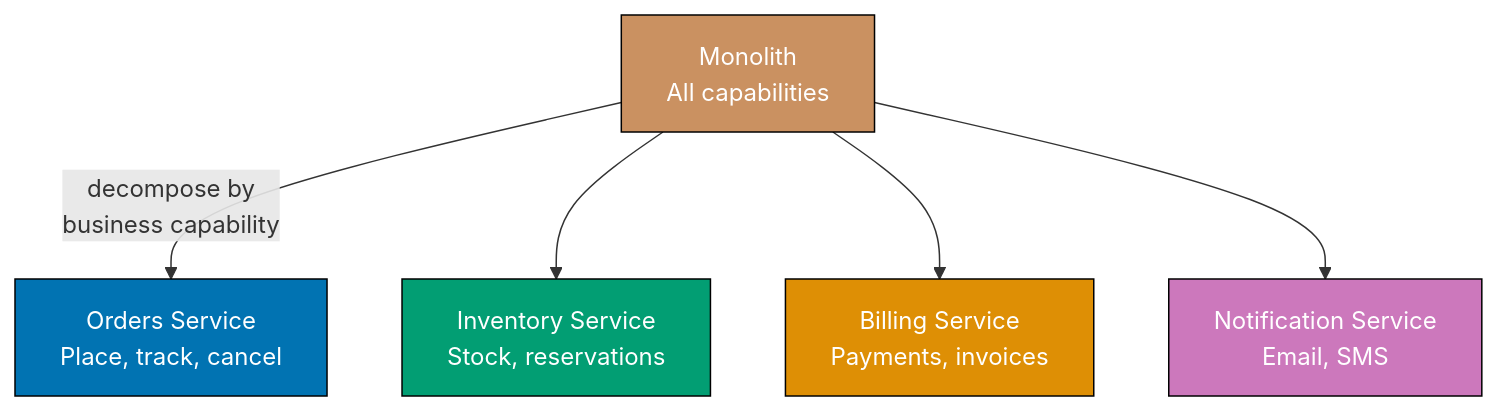
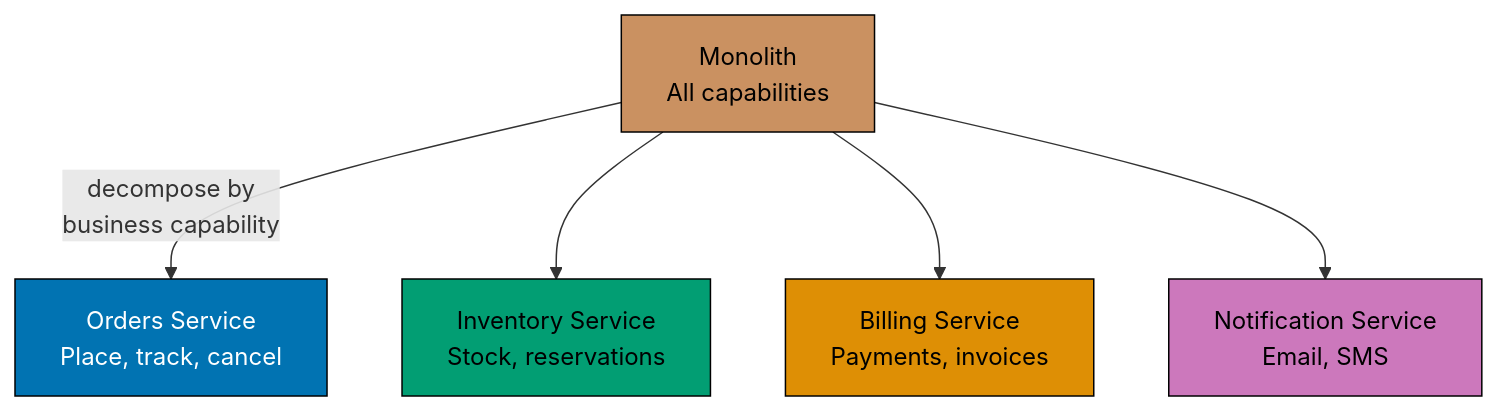
The first of 18 diagrams in apps/ayokoding-www/content/en/learn/legacy/software-engineering/software-architecture/patterns-and-principles/in-oop-by-example/advanced.md (wahidyankf/ose-public), drawn with Mermaid before and after one commit. The commit also changed other lines of this file and 78 other files, not shown here.

First line of the commit message:
fix(mermaid): bring the remaining legacy software-engineering diagrams onto the accessible palette

````diff
--- a/apps/ayokoding-www/content/en/learn/legacy/software-engineering/software-architecture/patterns-and-principles/in-oop-by-example/advanced.md
+++ b/apps/ayokoding-www/content/en/learn/legacy/software-engineering/software-architecture/patterns-and-principles/in-oop-by-example/advanced.md
@@ -25,19 +25,27 @@
 ```mermaid
 graph TD
+    accTitle: Example 58: Microservices Decomposition by Business Capability
+    accDescr: Graph with 5 nodes and 4 connections. Nodes: Monolith All capabilities, Orders Service Place, track, cancel, Inventory Service Stock, reservations, Billing Service Payments, invoices, Notification Service Email, SMS. Connections: Monolith All capabilities to Orders Service Place, track, cancel (decompose by business capability), Monolith All capabilities to Inventory Service Stock, reservations, Monolith All capabilities to Billing Service Payments, invoices, Monolith All capabilities to Notification Service Email, SMS.
     A["Monolith<br/>All capabilities"]
     B["Orders Service<br/>Place, track, cancel"]
     C["Inventory Service<br/>Stock, reservations"]
     D["Billing Service<br/>Payments, invoices"]
     E["Notification Service<br/>Email, SMS"]
 
     A -->|"decompose by<br/>business capability"| B
     A --> C
     A --> D
     A --> E
 
-    style A fill:#CA9161,stroke:#000,color:#fff
-    style B fill:#0173B2,stroke:#000,color:#fff
-    style C fill:#029E73,stroke:#000,color:#fff
-    style D fill:#DE8F05,stroke:#000,color:#fff
-    style E fill:#CC78BC,stroke:#000,color:#fff
+    classDef pal-CA9161 fill:#CA9161,stroke:#000000,color:#000000
+    class A pal-CA9161
+    classDef pal-0173B2 fill:#0173B2,stroke:#000000,color:#FFFFFF
+    class B pal-0173B2
+    classDef pal-029E73 fill:#029E73,stroke:#000000,color:#000000
+    class C pal-029E73
+    classDef pal-DE8F05 fill:#DE8F05,stroke:#000000,color:#000000
+    class D pal-DE8F05
+    classDef pal-CC78BC fill:#CC78BC,stroke:#000000,color:#000000
+    class E pal-CC78BC
+    classDef default fill:#FFFFFF,stroke:#000000,color:#000000
 ```
````
